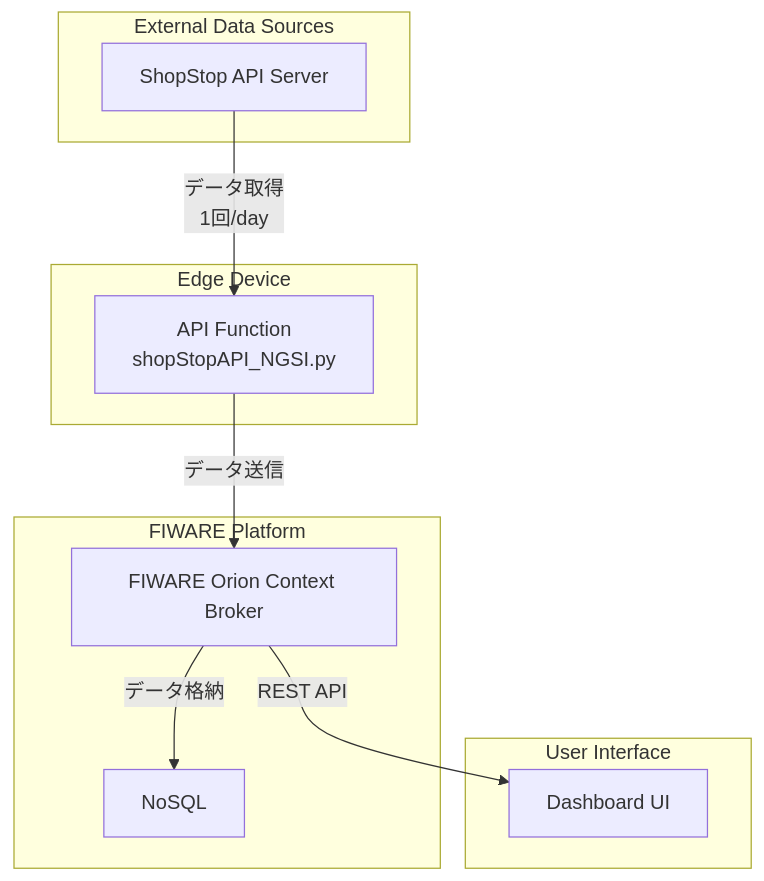
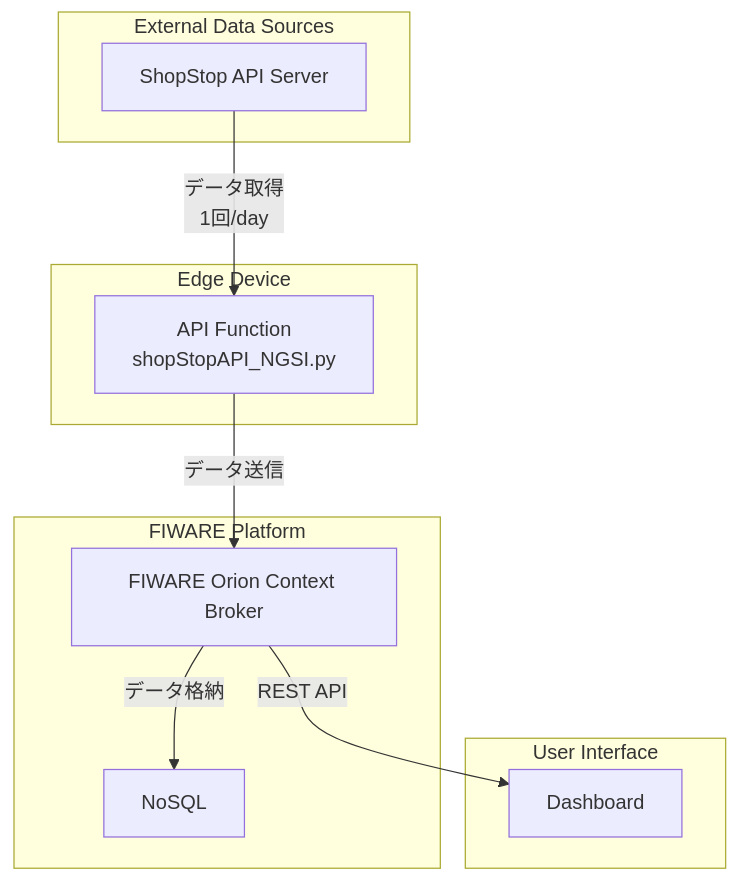
Before and after one commit to elnas0311/FDC: the diagram in architecture.md, drawn with Mermaid. The commit also changed other lines of this file, not shown here.

````diff
--- a/architecture.md
+++ b/architecture.md
@@ -1,28 +1,28 @@
 ```mermaid
 
 graph TD
     A[ShopStop API Server] -->|データ取得<br>1回/day| B[API Function<br>shopStopAPI_NGSI.py]
     B -->|データ送信| D[FIWARE Orion Context Broker]
     D -->|データ格納| E[NoSQL]
-    D -->|REST API| G[Dashboard UI]
+    D -->|REST API| G[Dashboard]
 
     subgraph Edge Device
         B
     end
 
     subgraph FIWARE Platform
         D
         E
     end
 
     subgraph External Data Sources
         A
     end
 
     subgraph User Interface
         G
     end
     
 
 
 ```
````
